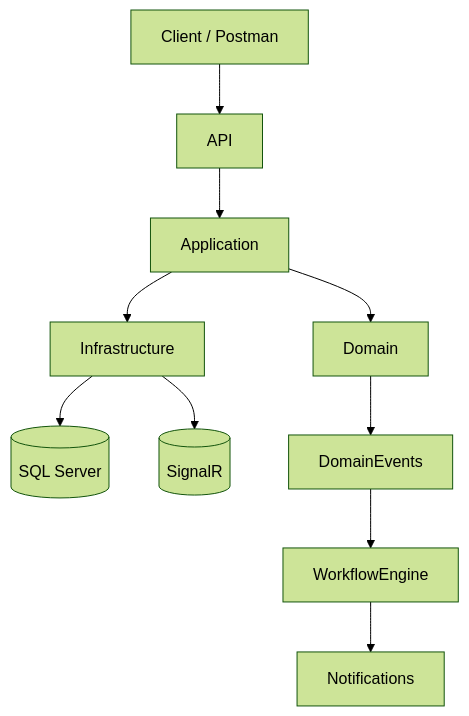
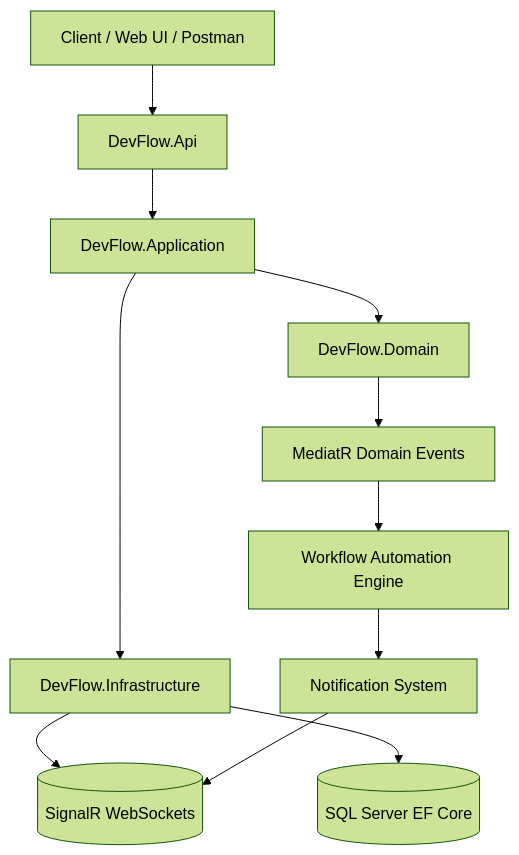
One commit to MuhammadBilal64/DevFlow changed the first of 4 diagrams in README.md. Above: the diagram before and after it, drawn with Mermaid (forest theme). The commit also changed other lines of this file and 3 other files, not shown here.

````diff
--- a/README.md
+++ b/README.md
@@ -203,23 +167,25 @@
 ```mermaid
 graph TD
 
-Client[Client / Postman]
+Client[Client / Web UI / Postman]
 
-Client --> API
+Client --> API[DevFlow.Api]
 
-API --> Application
+API --> Application[DevFlow.Application]
 
-Application --> Domain
+Application --> Domain[DevFlow.Domain]
 
-Application --> Infrastructure
+Application --> Infrastructure[DevFlow.Infrastructure]
 
-Infrastructure --> SQL[(SQL Server)]
+Infrastructure --> SQL[(SQL Server EF Core)]
 
-Infrastructure --> SignalR[(SignalR)]
+Infrastructure --> SignalR[(SignalR WebSockets)]
 
-Domain --> DomainEvents
+Domain --> DomainEvents[MediatR Domain Events]
 
-DomainEvents --> WorkflowEngine
+DomainEvents --> WorkflowEngine[Workflow Automation Engine]
 
-WorkflowEngine --> Notifications
+WorkflowEngine --> Notifications[Notification System]
+
+Notifications --> SignalR
 ```
````
